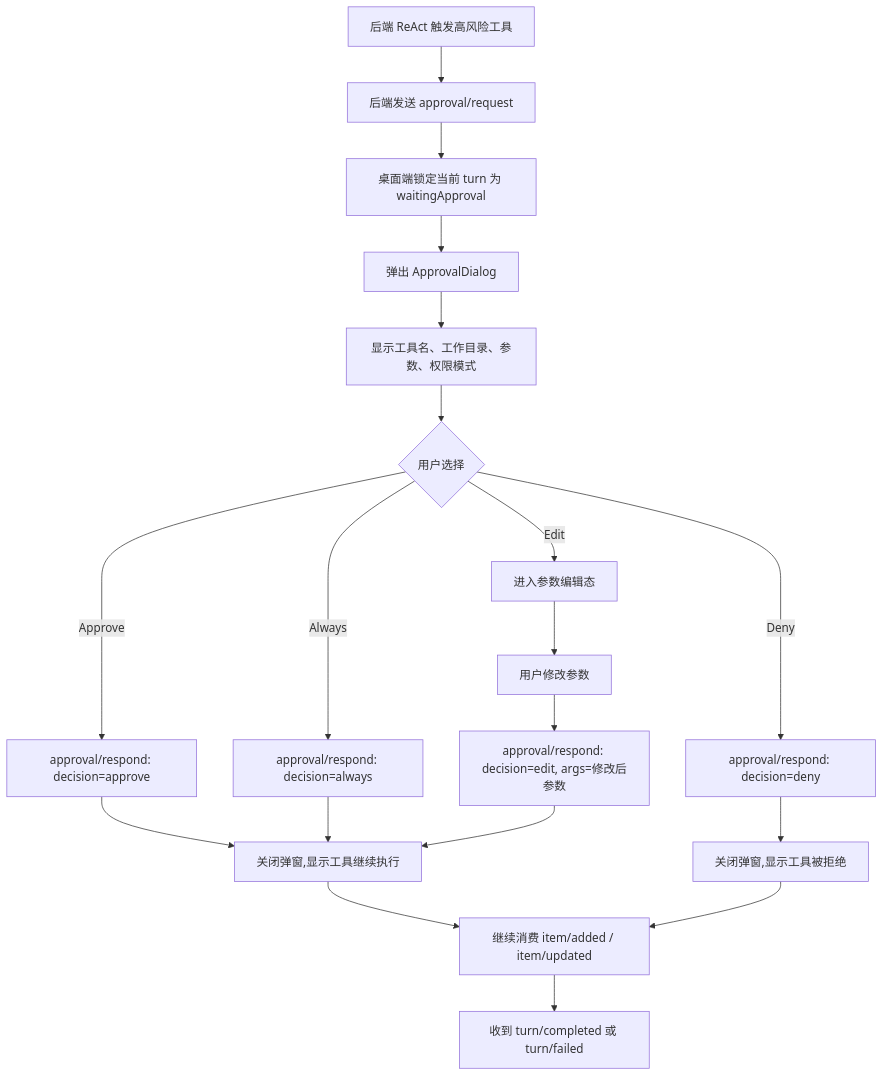
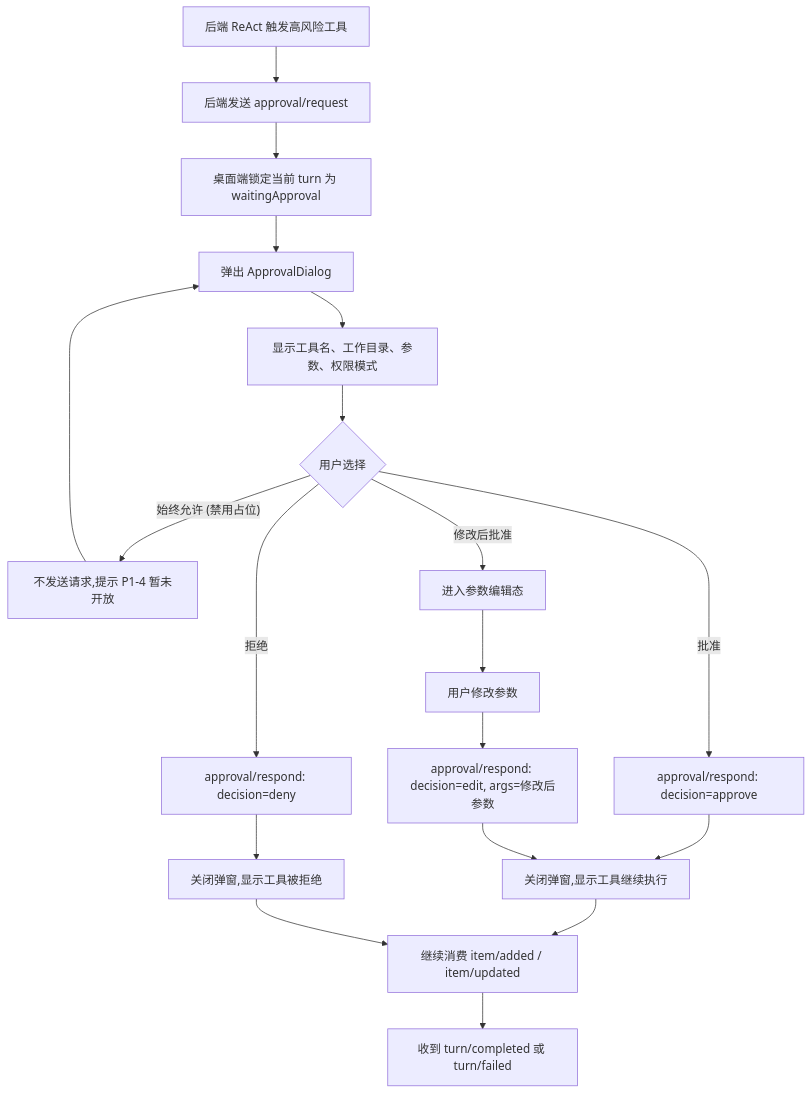
Before and after one commit to WangZhouX/BaBiQ: the first of 2 diagrams in docs/superpowers/plans/p1-4-compose-desktop-ui/prototype/flows/02-tool-approval.md, drawn with Mermaid. The commit also changed other lines of this file and 8 other files, not shown here.

````diff
--- a/docs/superpowers/plans/p1-4-compose-desktop-ui/prototype/flows/02-tool-approval.md
+++ b/docs/superpowers/plans/p1-4-compose-desktop-ui/prototype/flows/02-tool-approval.md
@@ -9,21 +9,21 @@
 ```mermaid
 flowchart TD
     A["后端 ReAct 触发高风险工具"] --> B["后端发送 approval/request"]
     B --> C["桌面端锁定当前 turn 为 waitingApproval"]
     C --> D["弹出 ApprovalDialog"]
     D --> E["显示工具名、工作目录、参数、权限模式"]
     E --> F{"用户选择"}
-    F -- "Approve" --> G["approval/respond: decision=approve"]
-    F -- "Deny" --> H["approval/respond: decision=deny"]
-    F -- "Always" --> I["approval/respond: decision=always"]
-    F -- "Edit" --> J["进入参数编辑态"]
+    F -- "批准" --> G["approval/respond: decision=approve"]
+    F -- "拒绝" --> H["approval/respond: decision=deny"]
+    F -- "始终允许 (禁用占位)" --> I["不发送请求,提示 P1-4 暂未开放"]
+    F -- "修改后批准" --> J["进入参数编辑态"]
     J --> K["用户修改参数"]
     K --> L["approval/respond: decision=edit, args=修改后参数"]
     G --> M["关闭弹窗,显示工具继续执行"]
     H --> N["关闭弹窗,显示工具被拒绝"]
-    I --> M
+    I --> D
     L --> M
     M --> O["继续消费 item/added / item/updated"]
     N --> O
     O --> P["收到 turn/completed 或 turn/failed"]
 ```
````
